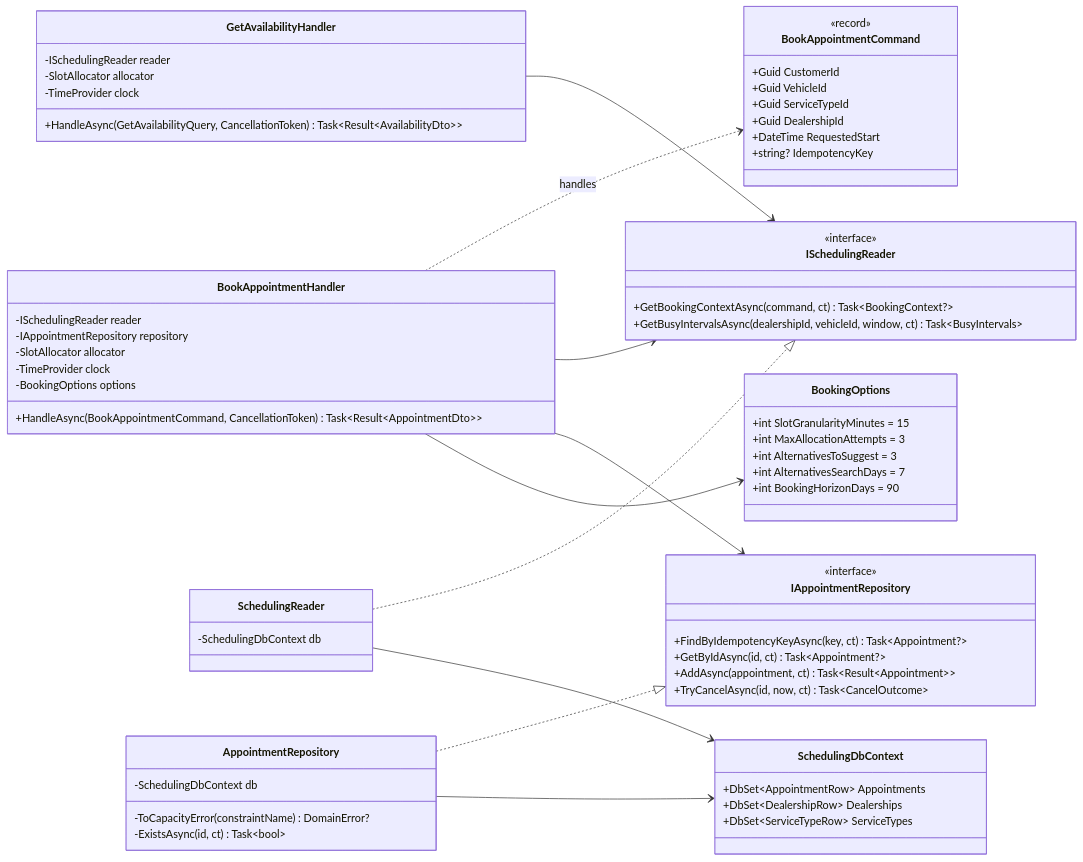
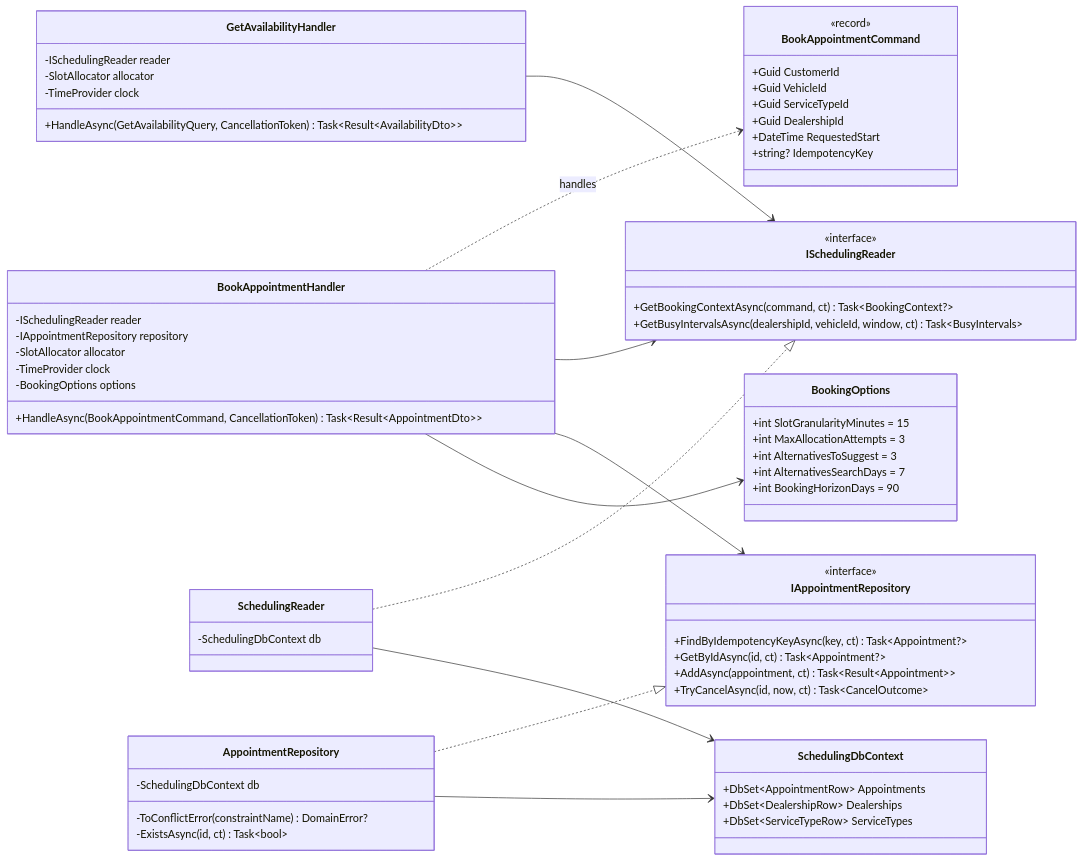
One commit to VietDangiT/unified-service-scheduler changed the sixth of 10 diagrams in docs/system-design.md. Above: the diagram before and after it, drawn with Mermaid. The commit also changed 25 other files, not shown here.

````diff
--- a/docs/system-design.md
+++ b/docs/system-design.md
@@ -443,76 +443,76 @@
 ```mermaid
 classDiagram
     direction LR
 
     class BookAppointmentHandler {
         -ISchedulingReader reader
         -IAppointmentRepository repository
         -SlotAllocator allocator
         -TimeProvider clock
         -BookingOptions options
         +HandleAsync(BookAppointmentCommand, CancellationToken) Task~Result~AppointmentDto~~
     }
 
     class GetAvailabilityHandler {
         -ISchedulingReader reader
         -SlotAllocator allocator
         -TimeProvider clock
         +HandleAsync(GetAvailabilityQuery, CancellationToken) Task~Result~AvailabilityDto~~
     }
 
     class BookAppointmentCommand {
         <<record>>
         +Guid CustomerId
         +Guid VehicleId
         +Guid ServiceTypeId
         +Guid DealershipId
         +DateTime RequestedStart
         +string? IdempotencyKey
     }
 
     class ISchedulingReader {
         <<interface>>
         +GetBookingContextAsync(command, ct) Task~BookingContext?~
         +GetBusyIntervalsAsync(dealershipId, vehicleId, window, ct) Task~BusyIntervals~
     }
 
     class IAppointmentRepository {
         <<interface>>
         +FindByIdempotencyKeyAsync(key, ct) Task~Appointment?~
         +GetByIdAsync(id, ct) Task~Appointment?~
         +AddAsync(appointment, ct) Task~Result~Appointment~~
         +TryCancelAsync(id, now, ct) Task~CancelOutcome~
     }
 
     class BookingOptions {
         +int SlotGranularityMinutes = 15
         +int MaxAllocationAttempts = 3
         +int AlternativesToSuggest = 3
         +int AlternativesSearchDays = 7
         +int BookingHorizonDays = 90
     }
 
     class SchedulingReader {
         -SchedulingDbContext db
     }
     class AppointmentRepository {
         -SchedulingDbContext db
-        -ToCapacityError(constraintName) DomainError?
+        -ToConflictError(constraintName) DomainError?
         -ExistsAsync(id, ct) Task~bool~
     }
     class SchedulingDbContext {
         +DbSet~AppointmentRow~ Appointments
         +DbSet~DealershipRow~ Dealerships
         +DbSet~ServiceTypeRow~ ServiceTypes
     }
 
     BookAppointmentHandler ..> BookAppointmentCommand : handles
     BookAppointmentHandler --> ISchedulingReader
     BookAppointmentHandler --> IAppointmentRepository
     BookAppointmentHandler --> BookingOptions
     GetAvailabilityHandler --> ISchedulingReader
     SchedulingReader ..|> ISchedulingReader
     AppointmentRepository ..|> IAppointmentRepository
     SchedulingReader --> SchedulingDbContext
     AppointmentRepository --> SchedulingDbContext
 ```
````
